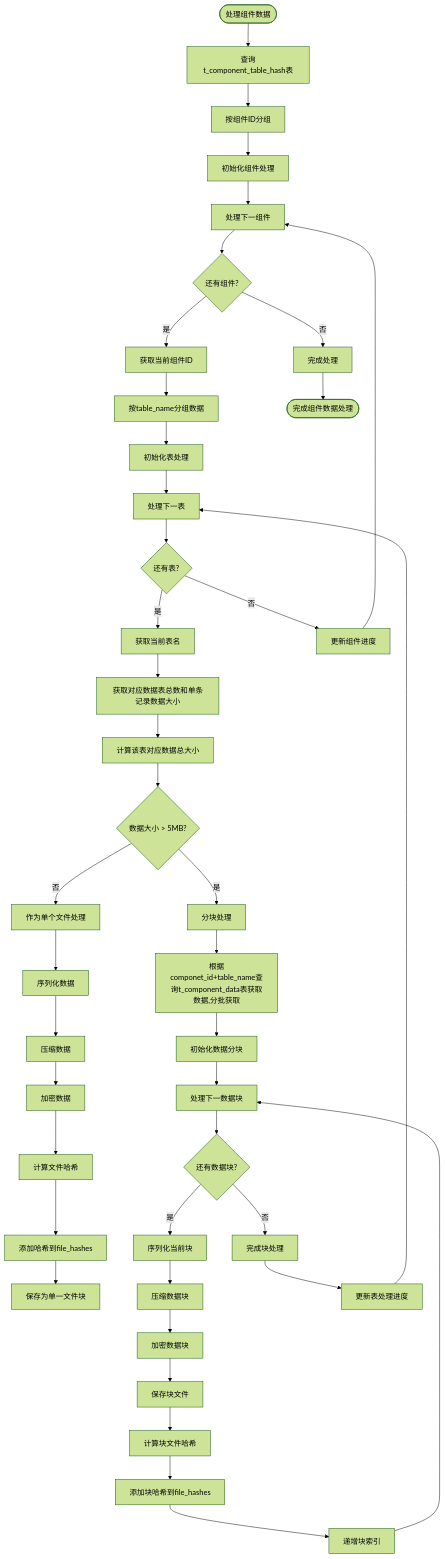
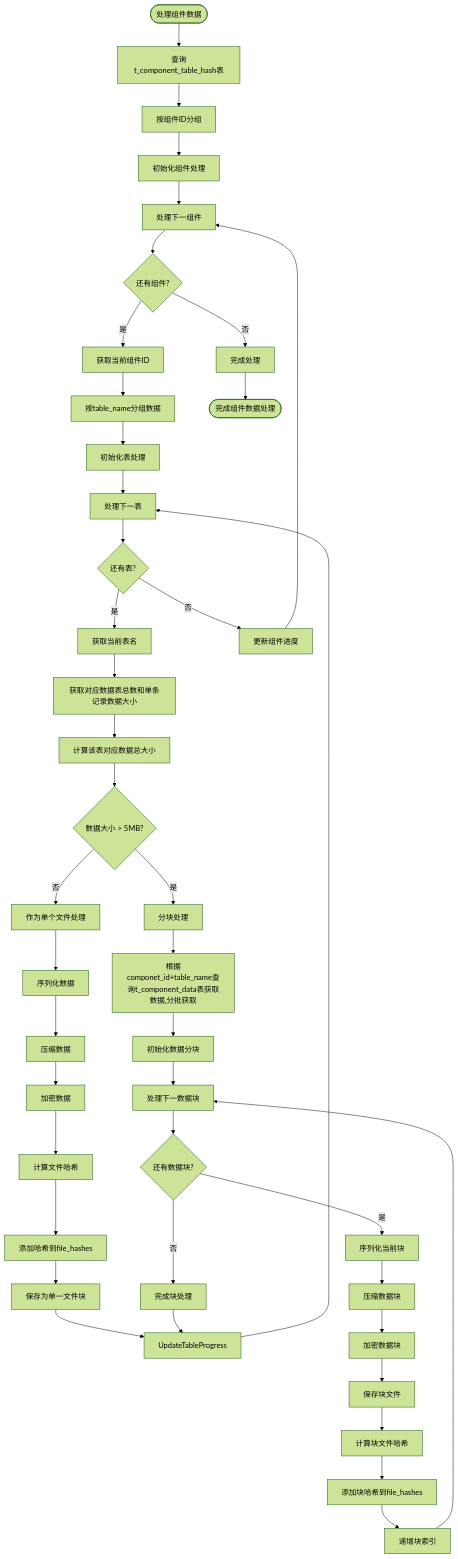
The diagram in all/未命名-56.md (yingjianzh/iodraw-files), drawn with Mermaid (forest theme) before and after one commit.

Commit message:
2025-05-12 14:39:34 update

````diff
--- a/all/未命名-56.md
+++ b/all/未命名-56.md
@@ -1,61 +1,62 @@
 ```mermaid
 
 flowchart TD
     Start([处理组件数据]) --> QueryDB[查询t_component_table_hash表]
     QueryDB --> GroupByComp[按组件ID分组]
     GroupByComp --> InitCompProcess[初始化组件处理]
     
     InitCompProcess --> ProcessNextComp[处理下一组件]
     ProcessNextComp --> MoreComps{还有组件?}
     MoreComps -->|否| CompleteProcess[完成处理]
     MoreComps -->|是| GetCompID[获取当前组件ID]
     
     GetCompID --> GroupByTable[按table_name分组数据]
     GroupByTable --> InitTableProcess[初始化表处理]
     
     InitTableProcess --> ProcessNextTable[处理下一表]
     ProcessNextTable --> MoreTables{还有表?}
 
     MoreTables -->|是| GetTableName[获取当前表名]
     MoreTables -->|否| UpdateCompProgress[更新组件进度]
     
     UpdateCompProgress --> ProcessNextComp
     
     GetTableName --> CheckDataSize[获取对应数据表总数和单条记录数据大小]
     CheckDataSize --> TotalSize[计算该表对应数据总大小]
 
     TotalSize --> DataSize{数据大小 > 5MB?}
    
     DataSize -->|否| ProcessSingleFile[作为单个文件处理]
     DataSize -->|是| ProcessMultipleChunks[分块处理]
 
     ProcessMultipleChunks --> QueryTableData[根据componet_id+table_name查询t_component_data表获取数据,分批获取]
     
     ProcessSingleFile --> SerializeData[序列化数据]
     SerializeData --> CompressData[压缩数据]
     CompressData --> EncryptData[加密数据]
     EncryptData --> CalcFileHash[计算文件哈希]
     CalcFileHash --> AddToFileHashes[添加哈希到file_hashes]
     AddToFileHashes --> SaveSingleFile[保存为单一文件块]
+    SaveSingleFile --> UpdateTableProgress
 
     QueryTableData --> InitChunks[初始化数据分块]
     InitChunks --> ProcessNextChunk[处理下一数据块]
     
     ProcessNextChunk --> MoreChunks{还有数据块?}
     MoreChunks -->|否| CompleteChunks[完成块处理]
     MoreChunks -->|是| SerializeChunk[序列化当前块]
     
     SerializeChunk --> CompressChunk[压缩数据块]
     CompressChunk --> EncryptChunk[加密数据块]
     EncryptChunk --> SaveChunkFile[保存块文件]
     SaveChunkFile --> CalcChunkHash[计算块文件哈希]
     CalcChunkHash --> AddChunkHash[添加块哈希到file_hashes]
     AddChunkHash --> IncrementChunkIndex[递增块索引]
     IncrementChunkIndex --> ProcessNextChunk
     
-    CompleteChunks --> UpdateTableProgress[更新表处理进度]
+    CompleteChunks --> UpdateTableProgress
     UpdateTableProgress --> ProcessNextTable
     
     CompleteProcess --> End([完成组件数据处理])
 
 ```
````
